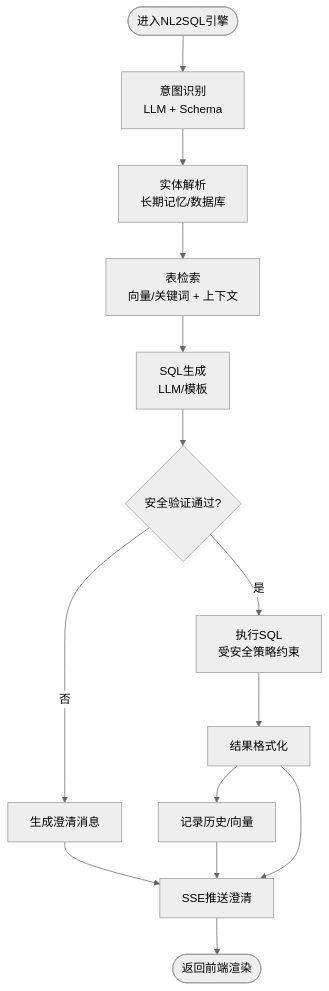
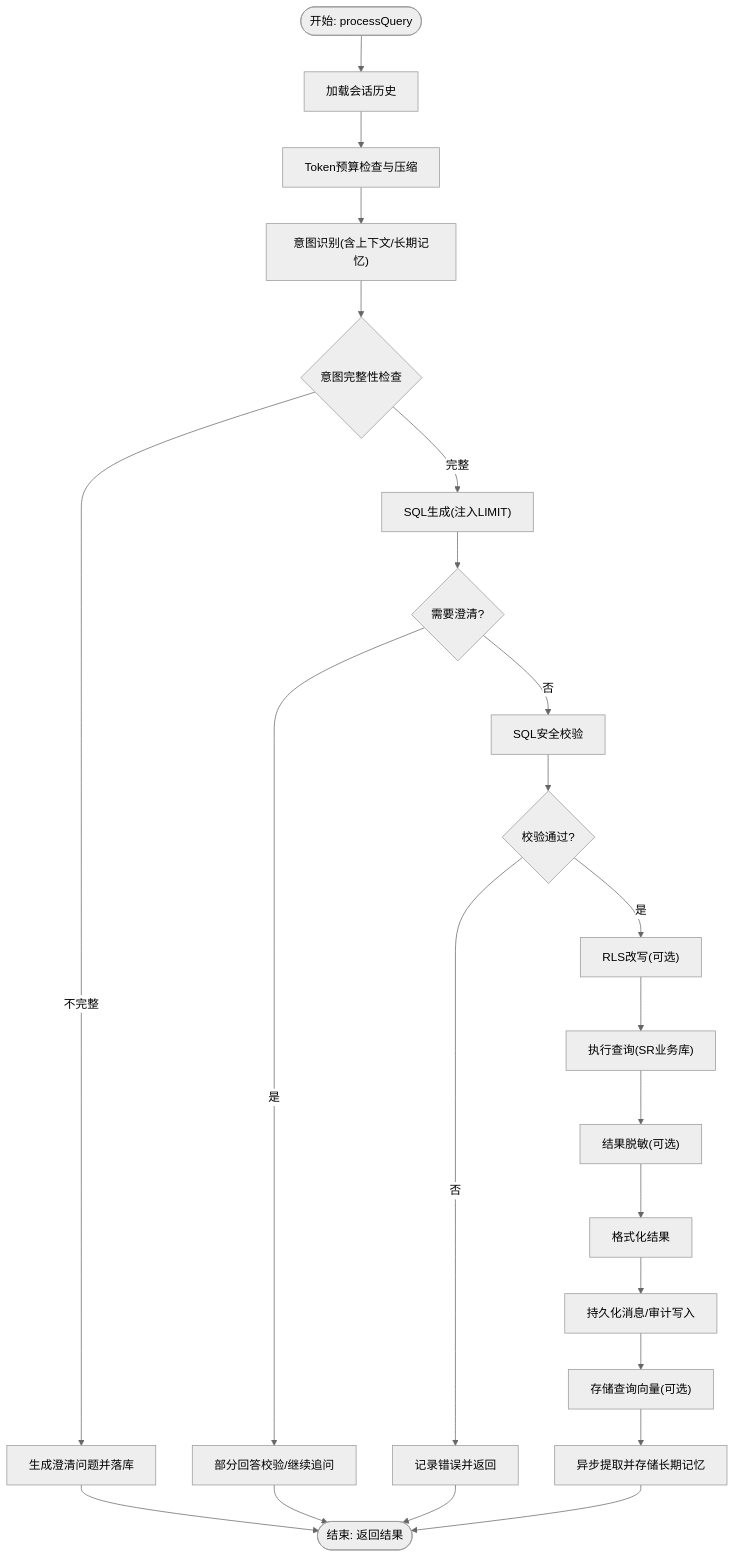
Before and after one commit to HanHuiOnLine/724-office: the third of 8 diagrams in NL2SQL/.qoder/repowiki/zh/content/系统架构/数据流设计.md, drawn with Mermaid (neutral theme). The commit also changed other lines of this file and 203 other files, not shown here.

````diff
--- a/NL2SQL/.qoder/repowiki/zh/content/系统架构/数据流设计.md
+++ b/NL2SQL/.qoder/repowiki/zh/content/系统架构/数据流设计.md
@@ -203,16 +149,25 @@
 ```mermaid
 flowchart TD
-Start(["进入NL2SQL引擎"]) --> Intent["意图识别<br/>LLM + Schema"]
-Intent --> Entities["实体解析<br/>长期记忆/数据库"]
-Entities --> Tables["表检索<br/>向量/关键词 + 上下文"]
-Tables --> SQLGen["SQL生成<br/>LLM/模板"]
-SQLGen --> Validate{"安全验证通过?"}
-Validate --> |否| Clarify["生成澄清消息"]
-Validate --> |是| Exec["执行SQL<br/>受安全策略约束"]
-Exec --> Format["结果格式化"]
-Format --> Persist["记录历史/向量"]
-Clarify --> SSE["SSE推送澄清"]
-Persist --> SSE
-Format --> SSE
-SSE --> End(["返回前端渲染"])
+Start(["开始: processQuery"]) --> LoadHist["加载会话历史"]
+LoadHist --> Budget["Token预算检查与压缩"]
+Budget --> Intent["意图识别(含上下文/长期记忆)"]
+Intent --> Complete{"意图完整性检查"}
+Complete --> |不完整| Clarify["生成澄清问题并落库"]
+Complete --> |完整| GenSQL["SQL生成(注入LIMIT)"]
+GenSQL --> NeedClarify{"需要澄清?"}
+NeedClarify --> |是| Clarify2["部分回答校验/继续追问"]
+NeedClarify --> |否| Validate["SQL安全校验"]
+Validate --> Valid{"校验通过?"}
+Valid --> |否| Fail["记录错误并返回"]
+Valid --> |是| RLS["RLS改写(可选)"]
+RLS --> Exec["执行查询(SR业务库)"]
+Exec --> Mask["结果脱敏(可选)"]
+Mask --> Format["格式化结果"]
+Format --> Persist["持久化消息/审计写入"]
+Persist --> Vector["存储查询向量(可选)"]
+Vector --> Memory["异步提取并存储长期记忆"]
+Memory --> End(["结束: 返回结果"])
+Clarify --> End
+Clarify2 --> End
+Fail --> End
 ```
````
